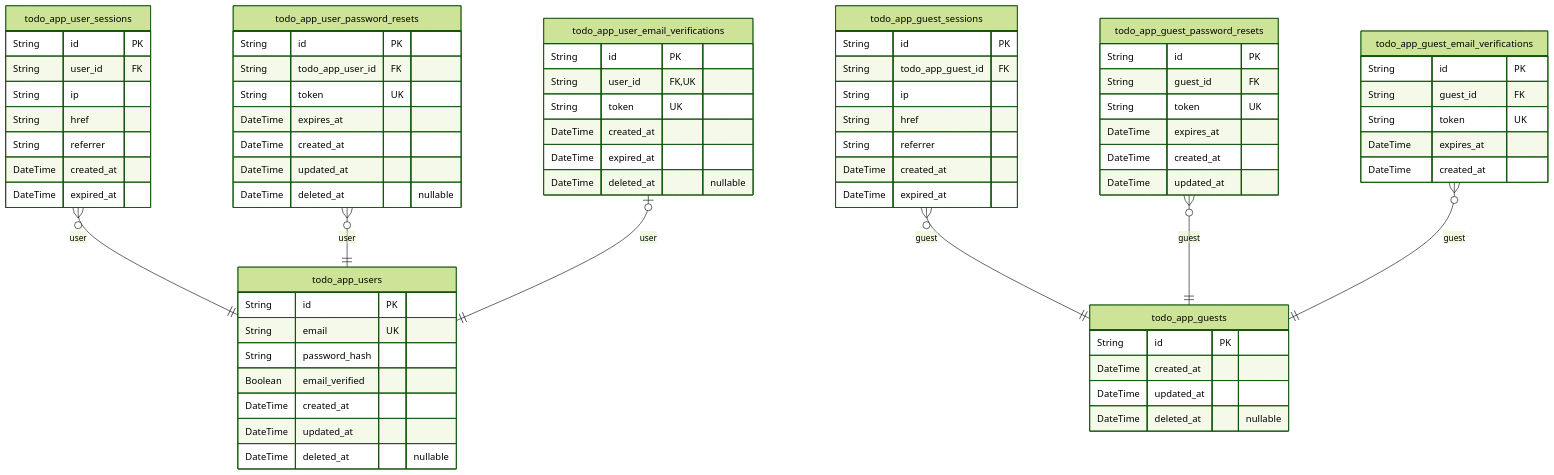
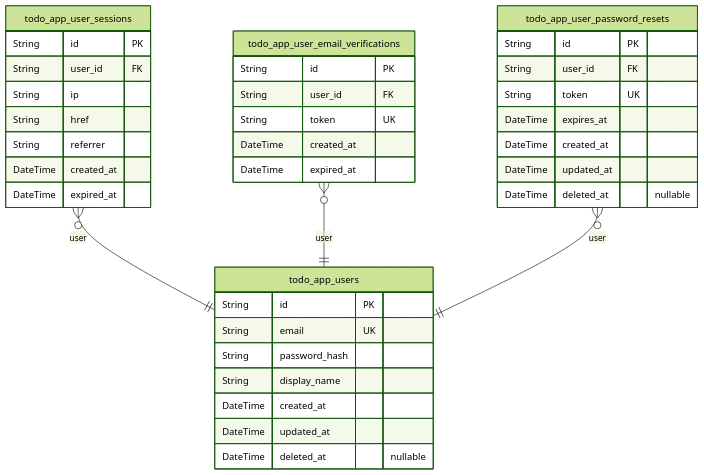
Before and after one commit to wrtnlabs/autobe-examples: the first of 2 diagrams in qwen/qwen3-next-80b-a3b-instruct/todo/docs/ERD.md, drawn with Mermaid (forest theme). The commit also changed other lines of this file and 9391 other files, not shown here.

````diff
--- a/qwen/qwen3-next-80b-a3b-instruct/todo/docs/ERD.md
+++ b/qwen/qwen3-next-80b-a3b-instruct/todo/docs/ERD.md
@@ -11,74 +10,40 @@
 ```mermaid
 erDiagram
 "todo_app_users" {
   String id PK
   String email UK
   String password_hash
-  Boolean email_verified
+  String display_name
   DateTime created_at
   DateTime updated_at
   DateTime deleted_at "nullable"
 }
 "todo_app_user_sessions" {
   String id PK
   String user_id FK
   String ip
   String href
   String referrer
   DateTime created_at
   DateTime expired_at
 }
+"todo_app_user_email_verifications" {
+  String id PK
+  String user_id FK
+  String token UK
+  DateTime created_at
+  DateTime expired_at
+}
 "todo_app_user_password_resets" {
   String id PK
-  String todo_app_user_id FK
+  String user_id FK
   String token UK
   DateTime expires_at
   DateTime created_at
   DateTime updated_at
   DateTime deleted_at "nullable"
 }
-"todo_app_user_email_verifications" {
-  String id PK
-  String user_id FK,UK
-  String token UK
-  DateTime created_at
-  DateTime expired_at
-  DateTime deleted_at "nullable"
-}
-"todo_app_guests" {
-  String id PK
-  DateTime created_at
-  DateTime updated_at
-  DateTime deleted_at "nullable"
-}
-"todo_app_guest_sessions" {
-  String id PK
-  String todo_app_guest_id FK
-  String ip
-  String href
-  String referrer
-  DateTime created_at
-  DateTime expired_at
-}
-"todo_app_guest_password_resets" {
-  String id PK
-  String guest_id FK
-  String token UK
-  DateTime expires_at
-  DateTime created_at
-  DateTime updated_at
-}
-"todo_app_guest_email_verifications" {
-  String id PK
-  String guest_id FK
-  String token UK
-  DateTime expires_at
-  DateTime created_at
-}
 "todo_app_user_sessions" }o--|| "todo_app_users" : user
+"todo_app_user_email_verifications" }o--|| "todo_app_users" : user
 "todo_app_user_password_resets" }o--|| "todo_app_users" : user
-"todo_app_user_email_verifications" |o--|| "todo_app_users" : user
-"todo_app_guest_sessions" }o--|| "todo_app_guests" : guest
-"todo_app_guest_password_resets" }o--|| "todo_app_guests" : guest
-"todo_app_guest_email_verifications" }o--|| "todo_app_guests" : guest
 ```
````
